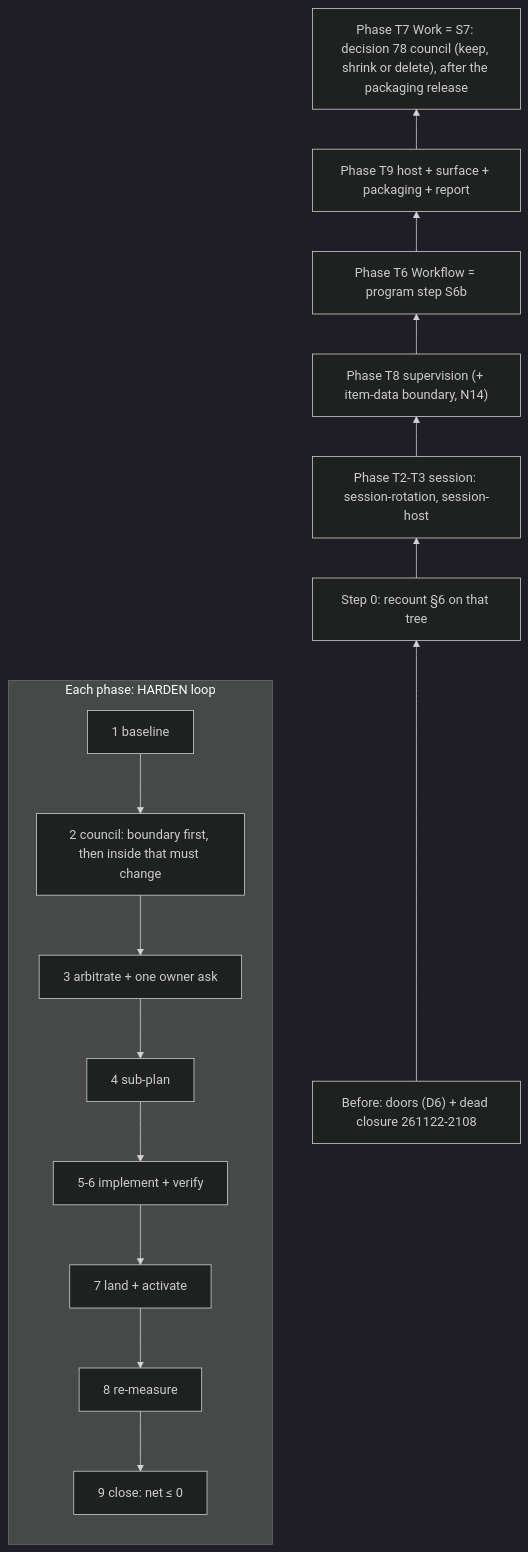
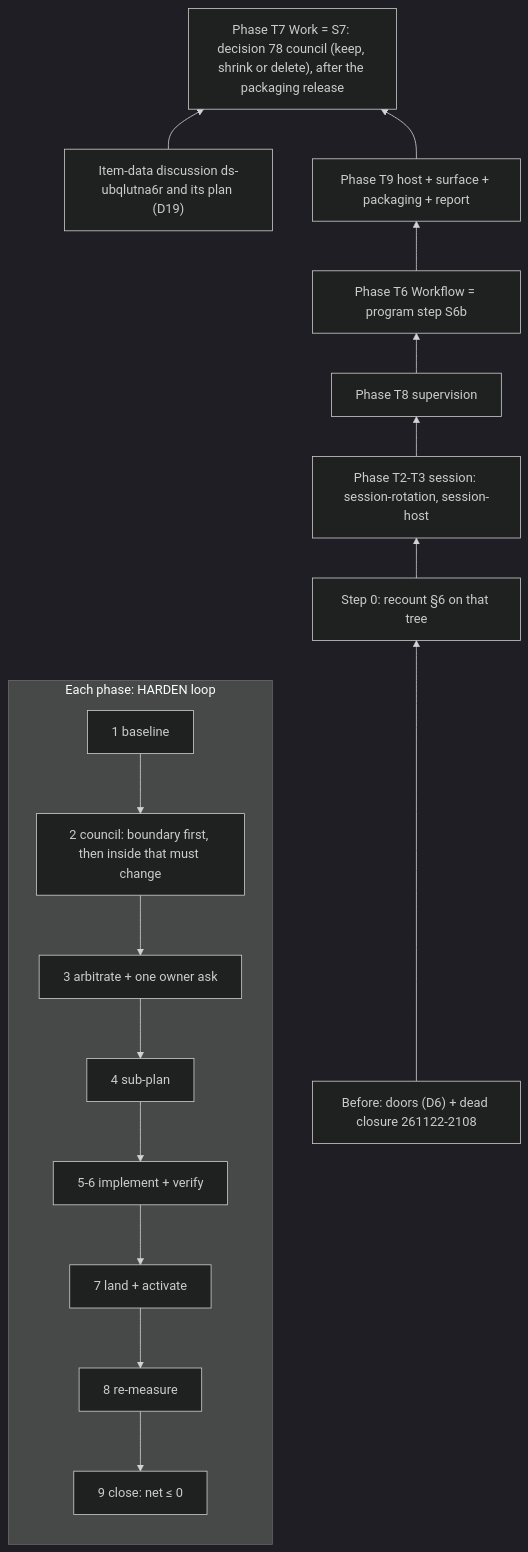
The diagram in plans/discussions/ds-wqsrwmiier-harden-next-round/DISCUSSION.md (vantt/forgent), drawn with Mermaid (dark theme) before and after one commit. The commit also changed other lines of this file and 1 other file, not shown here.

Commit message:
docs(discussion): split the domain-agnostic item component into its own discussion ahead of Work

````diff
--- a/plans/discussions/ds-wqsrwmiier-harden-next-round/DISCUSSION.md
+++ b/plans/discussions/ds-wqsrwmiier-harden-next-round/DISCUSSION.md
@@ -269,12 +281,13 @@
 ```mermaid
 flowchart BT
   pre["Before: doors (D6) + dead closure 261122-2108"] --> s0["Step 0: recount §6 on that tree"]
   s0 --> T23["Phase T2-T3 session: session-rotation, session-host"]
-  T23 --> T8["Phase T8 supervision (+ item-data boundary, N14)"]
+  T23 --> T8["Phase T8 supervision"]
   T8 --> T6["Phase T6 Workflow = program step S6b"]
   T6 --> T9["Phase T9 host + surface + packaging + report"]
+  item["Item-data discussion ds-ubqlutna6r and its plan (D19)"] --> T7
   T9 --> T7["Phase T7 Work = S7: decision 78 council (keep, shrink or delete), after the packaging release"]
   subgraph loop["Each phase: HARDEN loop"]
     a[1 baseline] --> b[2 council: boundary first, then inside that must change] --> c[3 arbitrate + one owner ask] --> d[4 sub-plan] --> e[5-6 implement + verify] --> f[7 land + activate] --> g[8 re-measure] --> h[9 close: net ≤ 0]
   end
 ```
````
